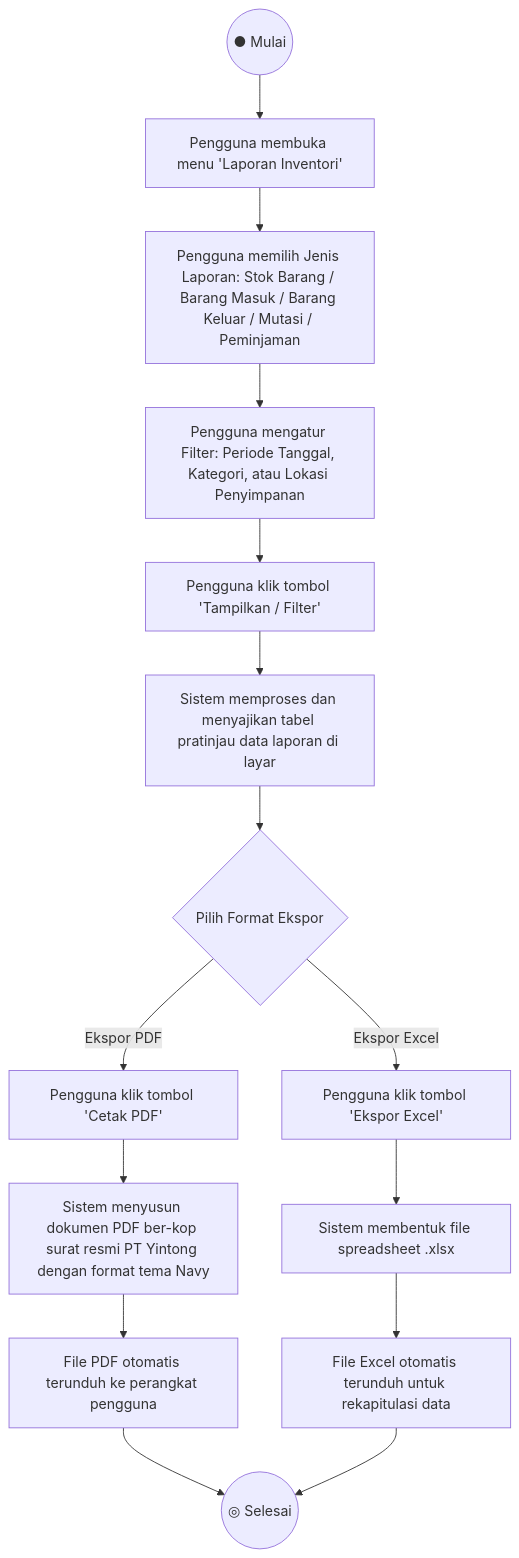
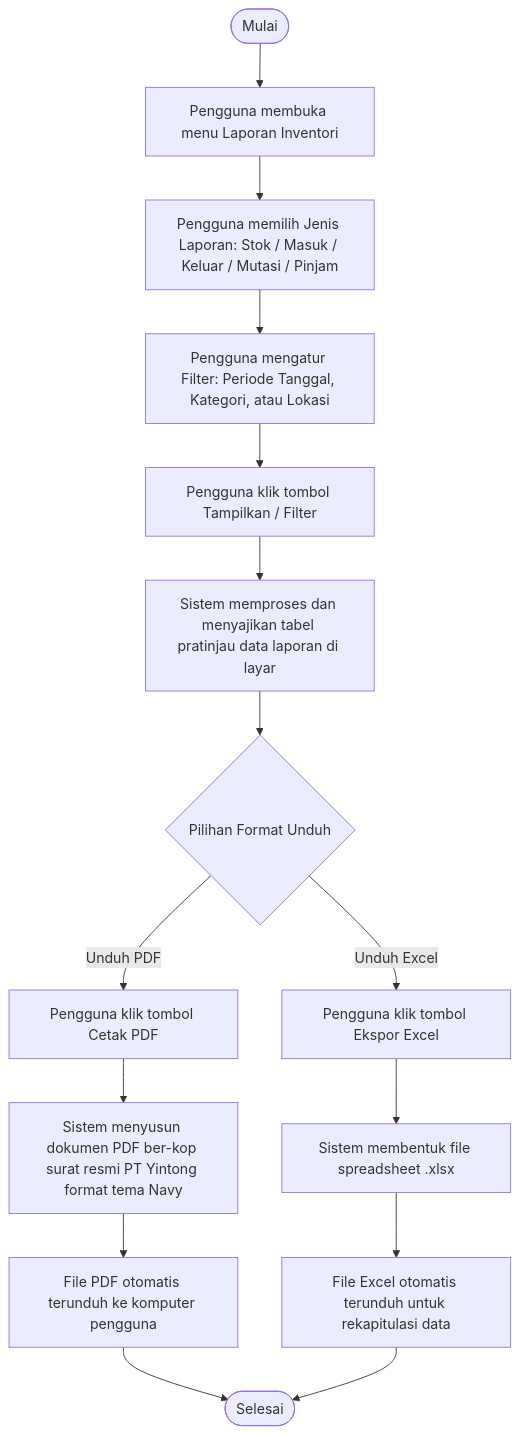
The sixth of 11 diagrams in DOKUMENTASI_UML_LENGKAP.md (dimasdekka/inventory-manajement-yintong), drawn with Mermaid before and after one commit. The commit also changed other lines of this file, not shown here.

Commit message:
docs: clean UML documentation without icons and add draw.io XML model

````diff
--- a/DOKUMENTASI_UML_LENGKAP.md
+++ b/DOKUMENTASI_UML_LENGKAP.md
@@ -199,20 +375,20 @@
 ```mermaid
 flowchart TD
-    Start((● Mulai)) --> E1[Pengguna membuka menu 'Laporan Inventori']
-    E1 --> E2[Pengguna memilih Jenis Laporan: Stok Barang / Barang Masuk / Barang Keluar / Mutasi / Peminjaman]
-    E2 --> E3[Pengguna mengatur Filter: Periode Tanggal, Kategori, atau Lokasi Penyimpanan]
-    E3 --> E4[Pengguna klik tombol 'Tampilkan / Filter']
+    Start([Mulai]) --> E1[Pengguna membuka menu Laporan Inventori]
+    E1 --> E2[Pengguna memilih Jenis Laporan: Stok / Masuk / Keluar / Mutasi / Pinjam]
+    E2 --> E3[Pengguna mengatur Filter: Periode Tanggal, Kategori, atau Lokasi]
+    E3 --> E4[Pengguna klik tombol Tampilkan / Filter]
     E4 --> E5[Sistem memproses dan menyajikan tabel pratinjau data laporan di layar]
-    E5 --> E6{Pilih Format Ekspor}
+    E5 --> E6{Pilihan Format Unduh}
     
-    E6 -- "Ekspor PDF" --> E7[Pengguna klik tombol 'Cetak PDF']
-    E7 --> E8[Sistem menyusun dokumen PDF ber-kop surat resmi PT Yintong dengan format tema Navy]
-    E8 --> E9[File PDF otomatis terunduh ke perangkat pengguna]
+    E6 -- Unduh PDF --> E7[Pengguna klik tombol Cetak PDF]
+    E7 --> E8[Sistem menyusun dokumen PDF ber-kop surat resmi PT Yintong format tema Navy]
+    E8 --> E9[File PDF otomatis terunduh ke komputer pengguna]
 
-    E6 -- "Ekspor Excel" --> E10[Pengguna klik tombol 'Ekspor Excel']
+    E6 -- Unduh Excel --> E10[Pengguna klik tombol Ekspor Excel]
     E10 --> E11[Sistem membentuk file spreadsheet .xlsx]
     E11 --> E12[File Excel otomatis terunduh untuk rekapitulasi data]
 
-    E9 --> End((◎ Selesai))
+    E9 --> End([Selesai])
     E12 --> End
 ```
````
